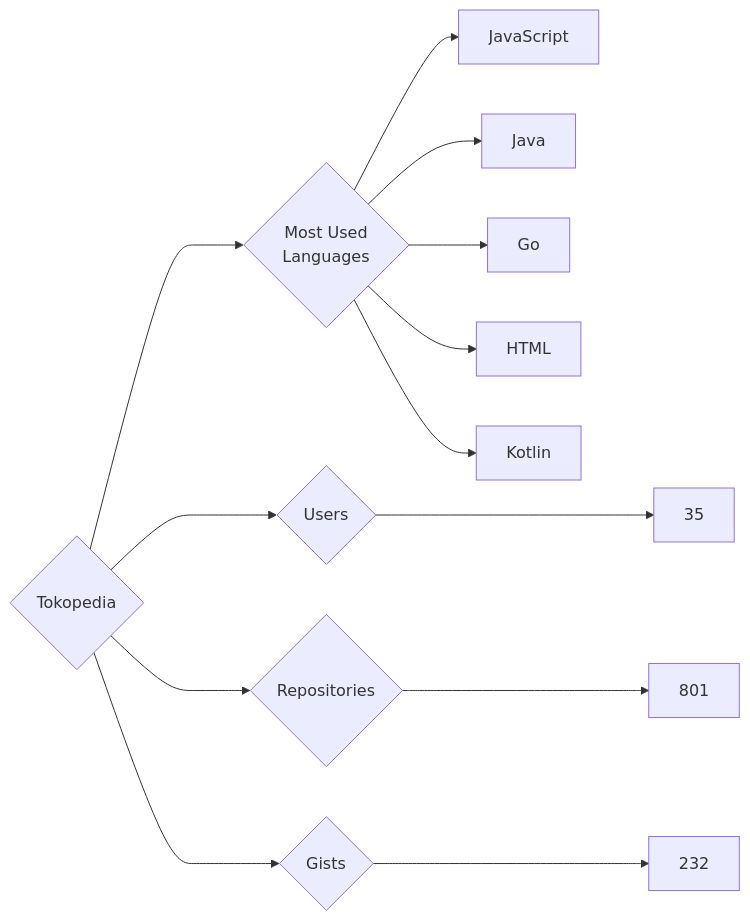
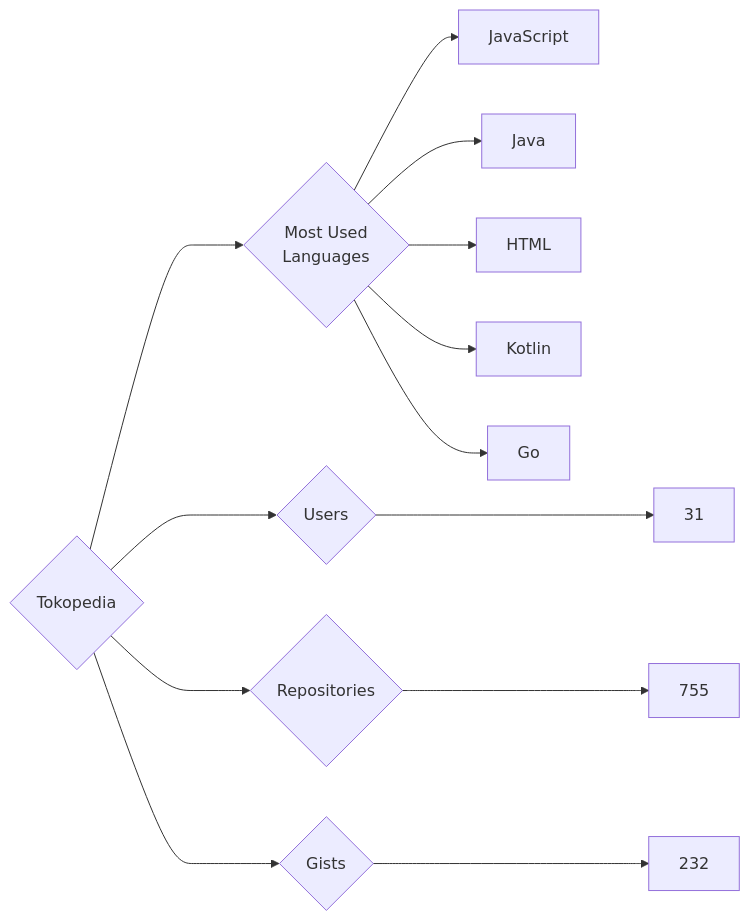
The diagram in targets/Tokopedia/README.md (trickest/insiders), drawn with Mermaid before and after one commit. The commit also changed 1248 other files, not shown here.

````diff
--- a/targets/Tokopedia/README.md
+++ b/targets/Tokopedia/README.md
@@ -3,13 +3,13 @@
 ```mermaid
 graph LR
 COMPANY_NAME{Tokopedia}
-COMPANY_NAME ---> U{Users} ---> UN[35]
-COMPANY_NAME ---> R{Repositories} ---> RN[801]
+COMPANY_NAME ---> U{Users} ---> UN[31]
+COMPANY_NAME ---> R{Repositories} ---> RN[755]
 COMPANY_NAME ---> G{Gists} ---> GN[232]
 COMPANY_NAME ---> ML{Most Used<br>Languages}
 ML --> JavaScript[JavaScript]
 ML --> Java[Java]
-ML --> Go[Go]
 ML --> HTML[HTML]
 ML --> Kotlin[Kotlin]
+ML --> Go[Go]
 ```
````
